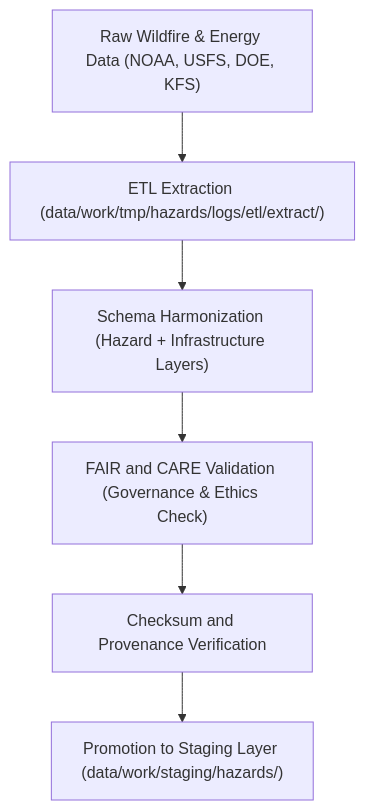
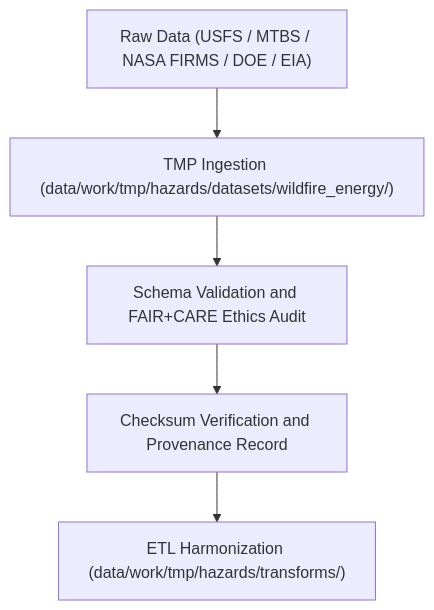
One commit to bartytime4life/Kansas-Frontier-Matrix changed the diagram in data/work/tmp/hazards/datasets/wildfire_energy/README.md. Above: the diagram before and after it, drawn with Mermaid. The commit also changed other lines of this file, not shown here.

````diff
--- a/data/work/tmp/hazards/datasets/wildfire_energy/README.md
+++ b/data/work/tmp/hazards/datasets/wildfire_energy/README.md
@@ -70,8 +64,7 @@
 ```mermaid
 flowchart TD
-    A["Raw Wildfire & Energy Data (NOAA, USFS, DOE, KFS)"] --> B["ETL Extraction (data/work/tmp/hazards/logs/etl/extract/)"]
-    B --> C["Schema Harmonization (Hazard + Infrastructure Layers)"]
-    C --> D["FAIR and CARE Validation (Governance & Ethics Check)"]
-    D --> E["Checksum and Provenance Verification"]
-    E --> F["Promotion to Staging Layer (data/work/staging/hazards/)"]
+    A["Raw Data (USFS / MTBS / NASA FIRMS / DOE / EIA)"] --> B["TMP Ingestion (data/work/tmp/hazards/datasets/wildfire_energy/)"]
+    B --> C["Schema Validation and FAIR+CARE Ethics Audit"]
+    C --> D["Checksum Verification and Provenance Record"]
+    D --> E["ETL Harmonization (data/work/tmp/hazards/transforms/)"]
 ```
````
